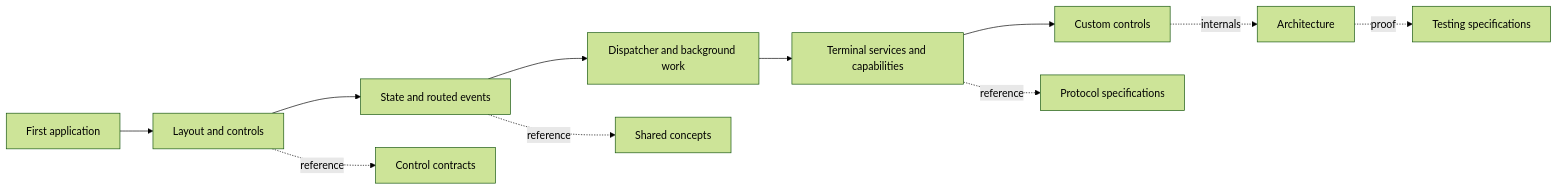
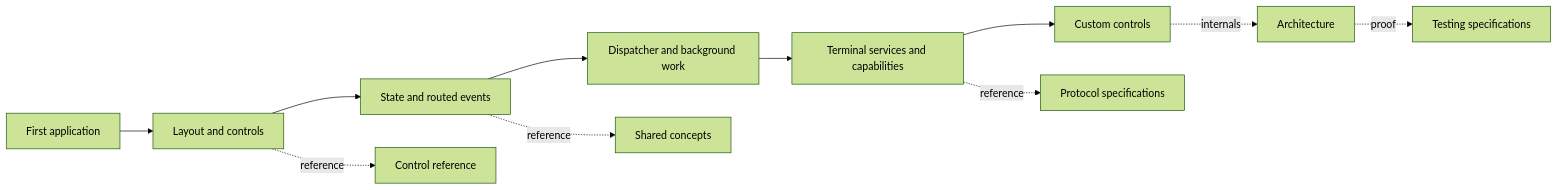
Before and after one commit to pavkam/sharp-vision: the diagram in docs/index.md, drawn with Mermaid (forest theme). The commit also changed other lines of this file and 172 other files, not shown here.

````diff
--- a/docs/index.md
+++ b/docs/index.md
@@ -25,14 +25,14 @@
 ```mermaid
 flowchart LR
     Start["First application"] --> Layout["Layout and controls"]
     Layout --> Events["State and routed events"]
     Events --> Async["Dispatcher and background work"]
     Async --> Terminal["Terminal services and capabilities"]
     Terminal --> Custom["Custom controls"]
 
-    Layout -. reference .-> Controls["Control contracts"]
+    Layout -. reference .-> Controls["Control reference"]
     Events -. reference .-> Concepts["Shared concepts"]
     Terminal -. reference .-> Protocols["Protocol specifications"]
     Custom -. internals .-> Architecture["Architecture"]
     Architecture -. proof .-> Testing["Testing specifications"]
 ```
````
